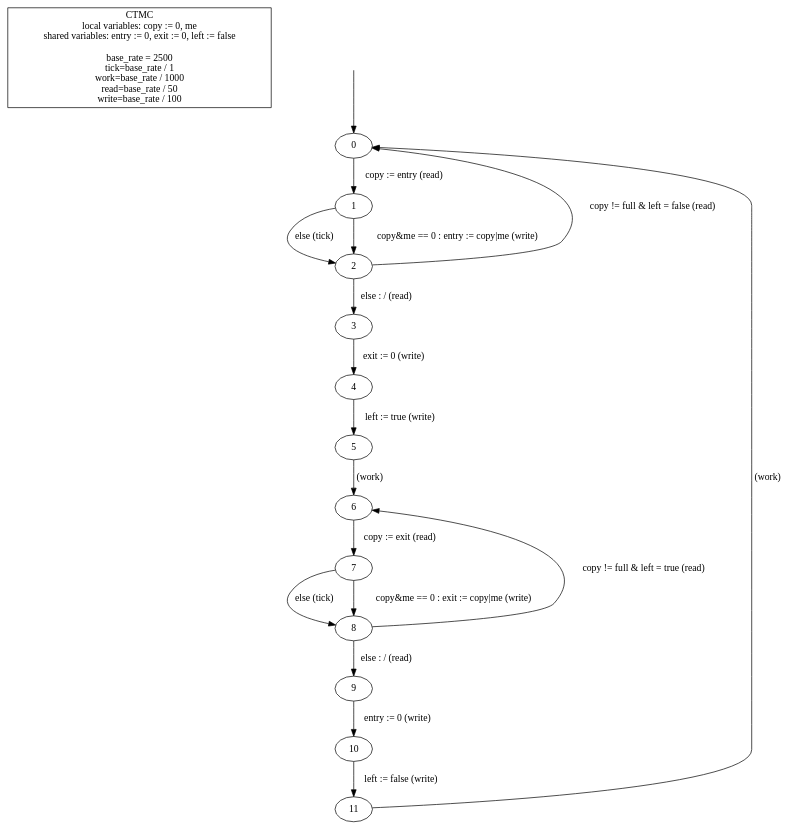
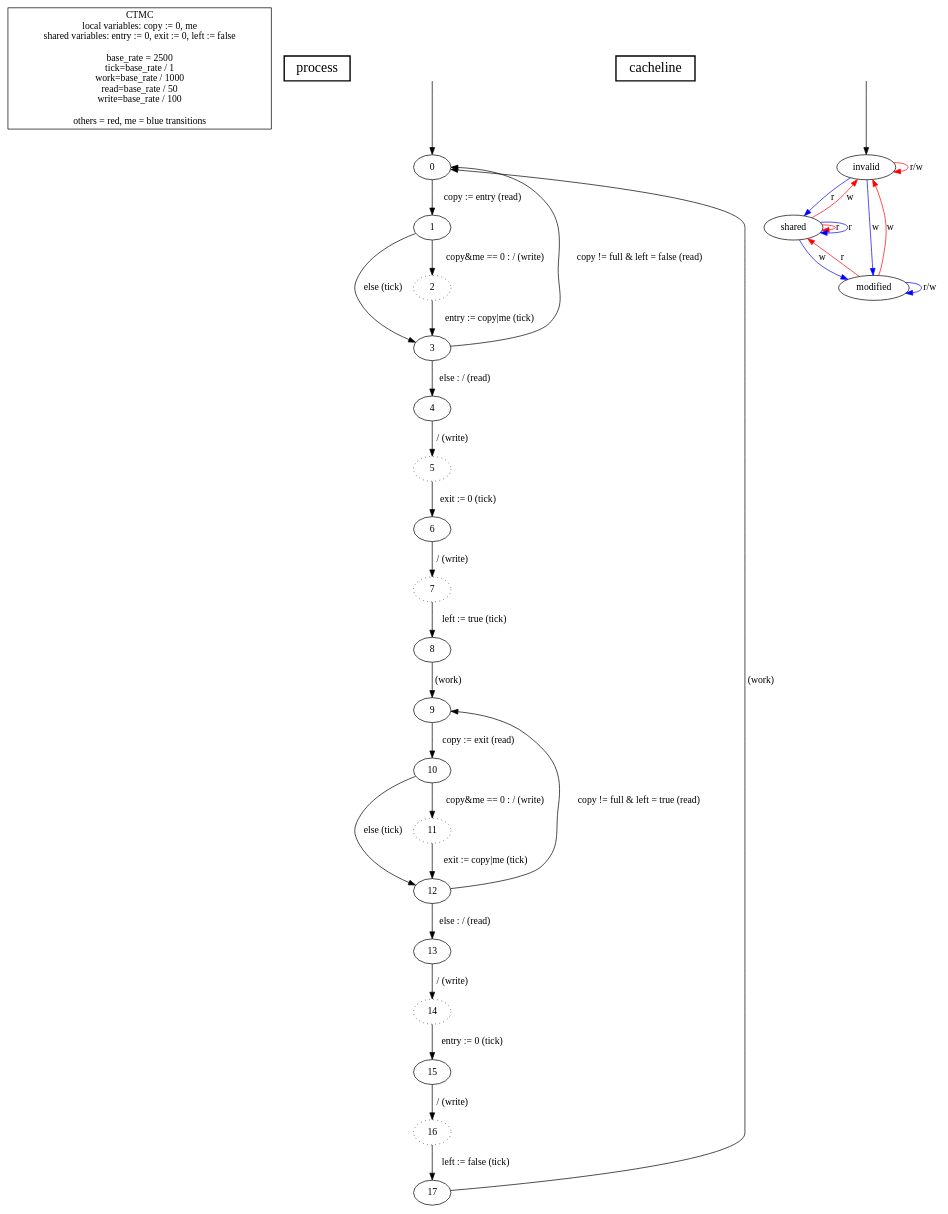
Before and after one commit to hydroo/minor-thesis-barriers: the diagram in barrier-attempt/model-prism-ctmc-with-cache-invalidation/model.dot, drawn with Graphviz. The commit also changed 1 other file, not shown here.

Commit message:
cacheline model and intermediate states  * add cacheline model to dot file  * add intermediate states for writes to work around prism restriction to not modify global state inside a synchronous operation

```diff
--- a/barrier-attempt/model-prism-ctmc-with-cache-invalidation/model.dot
+++ b/barrier-attempt/model-prism-ctmc-with-cache-invalidation/model.dot
@@ -1,29 +1,65 @@
 digraph {
 
-	"CTMC\nlocal variables: copy := 0, me\nshared variables: entry := 0, exit := 0, left := false\n\nbase_rate = 2500\ntick=base_rate / 1\nwork=base_rate / 1000\nread=base_rate / 50\nwrite=base_rate / 100" [nojustify=true, shape=box]
+	"CTMC\nlocal variables: copy := 0, me\nshared variables: entry := 0, exit := 0, left := false\n\nbase_rate = 2500\ntick=base_rate / 1\nwork=base_rate / 1000\nread=base_rate / 50\nwrite=base_rate / 100\n\nothers = red, me = blue transitions" [nojustify=true, shape=box]
+
+	"process" [nojustify=true, shape=box, style=bold, fontsize=20]
 
 	initial_state_source [style=invis]
+
+	// process
+
 	initial_state_source -> "0"
 
-	"0" -> "1" [weight=10, label="copy := entry (read)"]
-	"1" -> "2" [label="else (tick)"]
-	"1" -> "2" [weight=10, label="copy&me == 0 : entry := copy|me (write)"]
+	"0"  -> "1"  [weight=10, label="copy := entry (read)"]
+	"1"  -> "3"  [label="else (tick)"]
+	"1"  -> "2"  [weight=10, label="copy&me == 0 : / (write)"]
+	"2" [style=dotted]
+	"2"  -> "3"  [weight=10, label="entry := copy|me (tick)"]
 
-	"2" -> "0" [label="copy != full & left = false (read)"]
-	"2" -> "3" [weight=10, label="else : / (read)"]
-	"3" -> "4" [weight=10, label="exit := 0 (write)"]
-	"4" -> "5" [weight=10, label="left := true (write)"]
+	"3"  -> "0"  [label="copy != full & left = false (read)"]
+	"3"  -> "4"  [weight=10, label="else : / (read)"]
+	"4"  -> "5"  [weight=10, label="/ (write)"]
+	"5" [style=dotted]
+	"5"  -> "6"  [weight=10, label="exit := 0 (tick)"]
+	"6"  -> "7"  [weight=10, label="/ (write)"]
+	"7" [style=dotted]
+	"7"  -> "8"  [weight=10, label="left := true (tick)"]
 
-	"5" -> "6" [weight=10, label="(work)"]
+	"8"  -> "9"  [weight=10, label="(work)"]
 
-	"6" -> "7" [weight=10, label="copy := exit (read)"]
-	"7" -> "8" [label="else (tick)"]
-	"7" -> "8" [weight=10, label="copy&me == 0 : exit := copy|me (write)"]
+	"9"  -> "10" [weight=10, label="copy := exit (read)"]
+	"10" -> "12" [label="else (tick)"]
+	"10" -> "11" [weight=10, label="copy&me == 0 : / (write)"]
+	"11" [style=dotted]
+	"11" -> "12" [weight=10, label="exit := copy|me (tick)"]
 
-	"8" -> "6" [label="copy != full & left = true (read)"]
-	"8" -> "9" [weight=10, label="else : / (read)"]
-	"9" -> "10" [weight=10, label="entry := 0 (write)"]
-	"10" -> "11" [weight=10, label="left := false (write)"]
+	"12" -> "9"  [label="copy != full & left = true (read)"]
+	"12" -> "13" [weight=10, label="else : / (read)"]
+	"13" -> "14" [weight=10, label="/ (write)"]
+	"14" [style=dotted]
+	"14" -> "15" [weight=10, label="entry := 0 (tick)"]
+	"15" -> "16" [weight=10, label="/ (write)"]
+	"16" [style=dotted]
+	"16" -> "17" [weight=10, label="left := false (tick)"]
 
-	"11" -> "0" [label="(work)"]
+	"17" -> "0" [label="(work)"]
+
+	// cacheline
+	"cacheline" [nojustify=true, shape=box, style=bold, fontsize=20]
+
+	initial_state_source2 [style=invis]
+	initial_state_source2 -> "invalid"
+
+	"invalid"  -> "invalid"  [label="r/w", color=red]
+	"invalid"  -> "shared"   [label="r",   color=blue]
+	"invalid"  -> "modified" [label="w",   color=blue]
+
+	"shared"   -> "shared"   [label="r",   color=red]
+	"shared"   -> "invalid"  [label="w",   color=red]
+	"shared"   -> "shared"   [label="r",   color=blue]
+	"shared"   -> "modified" [label="w",   color=blue]
+
+	"modified" -> "shared"   [label="r",   color=red]
+	"modified" -> "invalid"  [label="w",   color=red]
+	"modified" -> "modified" [label="r/w", color=blue]
 }
```
